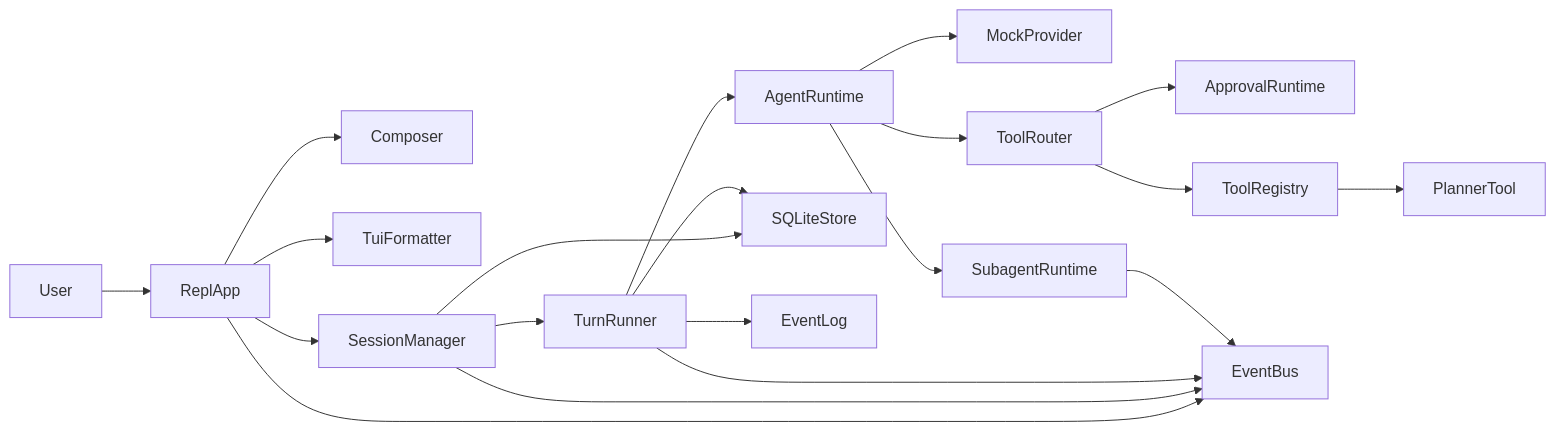
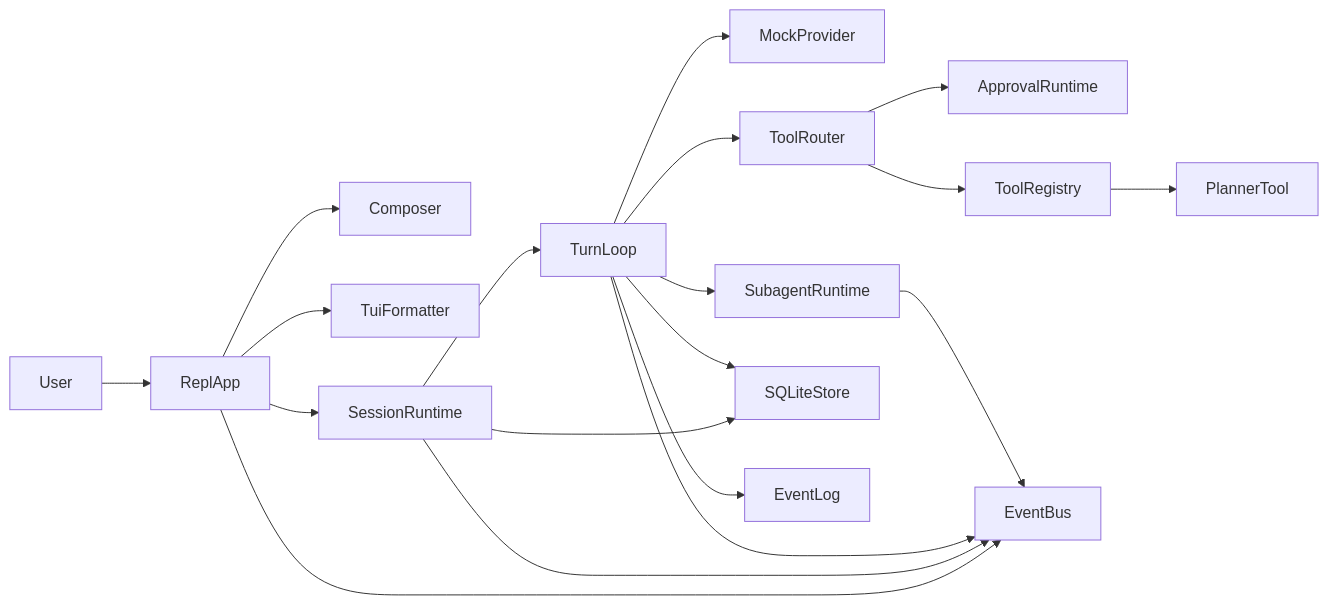
One commit to yao-creative/anti-tech-debt changed the first of 8 diagrams in docs/architecture.md. Above: the diagram before and after it, drawn with Mermaid. The commit also changed other lines of this file and 30 other files, not shown here.

Commit message:
Refactor scaffold into codex-style turn runtime

````diff
--- a/docs/architecture.md
+++ b/docs/architecture.md
@@ -7,44 +7,41 @@
 ```mermaid
 flowchart LR
     User[User]
     Repl[ReplApp]
     Composer[Composer]
     Formatter[TuiFormatter]
-    SessionManager[SessionManager]
-    TurnRunner[TurnRunner]
-    AgentRuntime[AgentRuntime]
+    SessionRuntime[SessionRuntime]
+    TurnLoop[TurnLoop]
     MockProvider[MockProvider]
     ToolRouter[ToolRouter]
     ApprovalRuntime[ApprovalRuntime]
     ToolRegistry[ToolRegistry]
     PlannerTool[PlannerTool]
     SubagentRuntime[SubagentRuntime]
     EventBus[EventBus]
     SQLiteStore[SQLiteStore]
     EventLog[EventLog]
 
     User --> Repl
     Repl --> Composer
     Repl --> Formatter
-    Repl --> SessionManager
+    Repl --> SessionRuntime
     Repl --> EventBus
 
-    SessionManager --> TurnRunner
-    SessionManager --> SQLiteStore
-    SessionManager --> EventBus
+    SessionRuntime --> TurnLoop
+    SessionRuntime --> SQLiteStore
+    SessionRuntime --> EventBus
 
-    TurnRunner --> SQLiteStore
-    TurnRunner --> EventLog
-    TurnRunner --> EventBus
-    TurnRunner --> AgentRuntime
-
-    AgentRuntime --> MockProvider
-    AgentRuntime --> ToolRouter
-    AgentRuntime --> SubagentRuntime
+    TurnLoop --> SQLiteStore
+    TurnLoop --> EventLog
+    TurnLoop --> EventBus
+    TurnLoop --> MockProvider
+    TurnLoop --> ToolRouter
+    TurnLoop --> SubagentRuntime
 
     ToolRouter --> ApprovalRuntime
     ToolRouter --> ToolRegistry
     ToolRegistry --> PlannerTool
 
     SubagentRuntime --> EventBus
 ```
````
